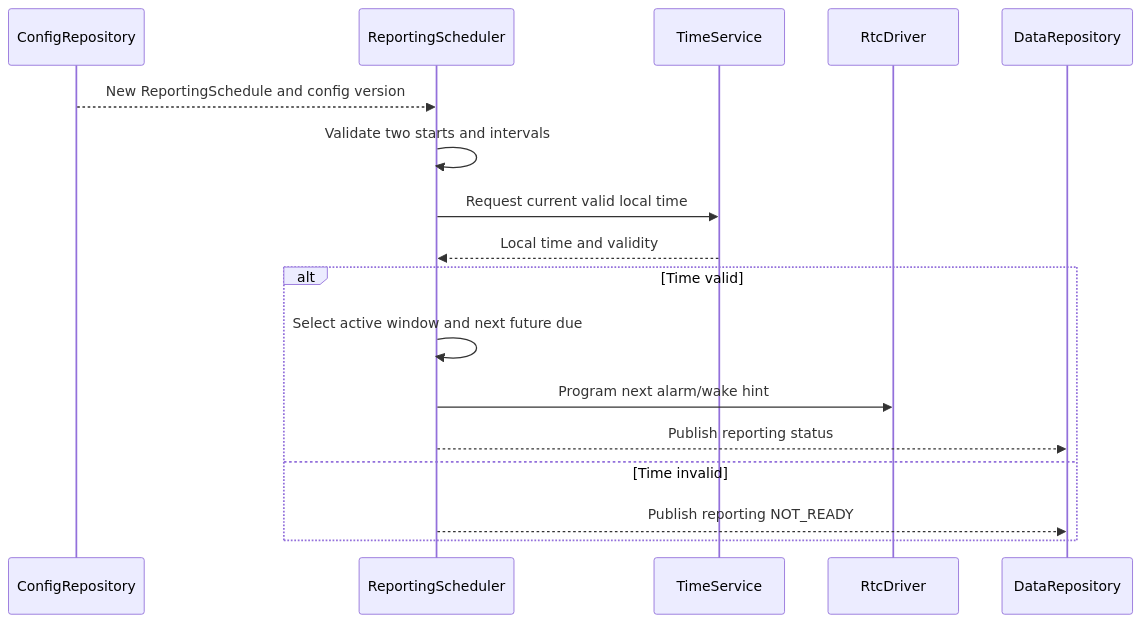
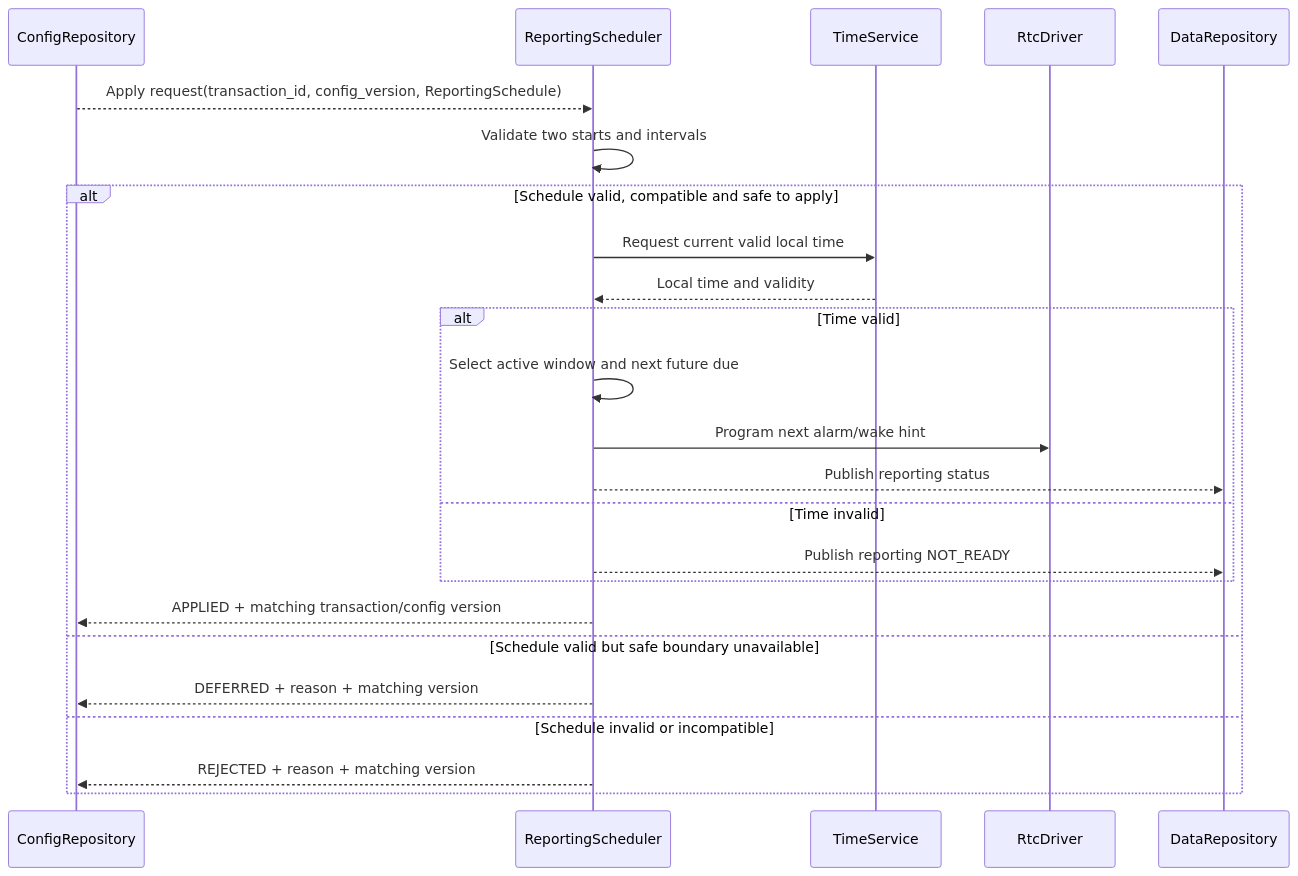
Diagram 14 of 27 in 1.docs/00_overview/05_sequence_diagrams.md (whoisLePhuc/smart-water-flow-pressure-monitor), drawn with Mermaid before and after one commit. The commit also changed other lines of this file and 11 other files, not shown here.

````diff
--- a/1.docs/00_overview/05_sequence_diagrams.md
+++ b/1.docs/00_overview/05_sequence_diagrams.md
@@ -522,20 +534,27 @@
 ```mermaid
 sequenceDiagram
     participant CR as ConfigRepository
     participant RS as ReportingScheduler
     participant TS as TimeService
     participant RTC as RtcDriver
     participant DR as DataRepository
 
-    CR-->>RS: New ReportingSchedule and config version
+    CR-->>RS: Apply request(transaction_id, config_version, ReportingSchedule)
     RS->>RS: Validate two starts and intervals
-    RS->>TS: Request current valid local time
-    TS-->>RS: Local time and validity
-    alt Time valid
-        RS->>RS: Select active window and next future due
-        RS->>RTC: Program next alarm/wake hint
-        RS-->>DR: Publish reporting status
-    else Time invalid
-        RS-->>DR: Publish reporting NOT_READY
+    alt Schedule valid, compatible and safe to apply
+        RS->>TS: Request current valid local time
+        TS-->>RS: Local time and validity
+        alt Time valid
+            RS->>RS: Select active window and next future due
+            RS->>RTC: Program next alarm/wake hint
+            RS-->>DR: Publish reporting status
+        else Time invalid
+            RS-->>DR: Publish reporting NOT_READY
+        end
+        RS-->>CR: APPLIED + matching transaction/config version
+    else Schedule valid but safe boundary unavailable
+        RS-->>CR: DEFERRED + reason + matching version
+    else Schedule invalid or incompatible
+        RS-->>CR: REJECTED + reason + matching version
     end
 ```
````
